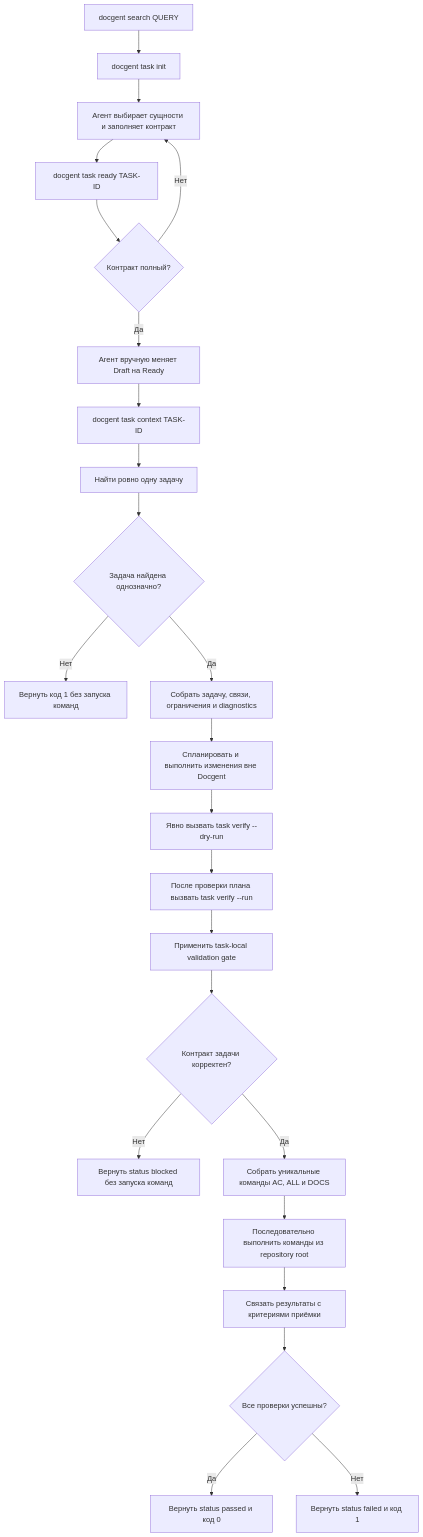
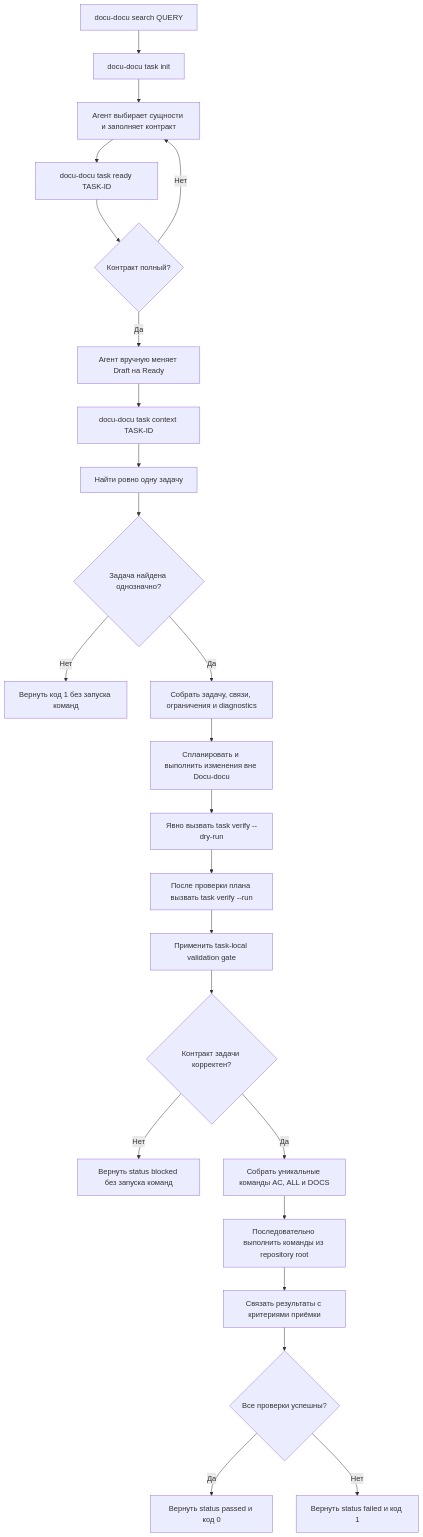
One commit to lumenikoly/toudocu changed the diagram in docs/flows/FLOW-TASK-WORKFLOW.md. Above: the diagram before and after it, drawn with Mermaid. The commit also changed 275 other files, not shown here.

First line of the commit message:
Rename and refactor Docgent to Docu-docu across all relevant files and documentation

````diff
--- a/docs/flows/FLOW-TASK-WORKFLOW.md
+++ b/docs/flows/FLOW-TASK-WORKFLOW.md
@@ -13,26 +13,26 @@
 ```mermaid
 flowchart TD
-    Search["docgent search QUERY"] --> Init["docgent task init"]
+    Search["docu-docu search QUERY"] --> Init["docu-docu task init"]
     Init --> Fill["Агент выбирает сущности и заполняет контракт"]
-    Fill --> Ready["docgent task ready TASK-ID"]
+    Fill --> Ready["docu-docu task ready TASK-ID"]
     Ready --> Complete{"Контракт полный?"}
     Complete -->|Нет| Fill
     Complete -->|Да| Status["Агент вручную меняет Draft на Ready"]
-    Status --> Context["docgent task context TASK-ID"]
+    Status --> Context["docu-docu task context TASK-ID"]
     Context --> Find["Найти ровно одну задачу"]
     Find --> Found{"Задача найдена однозначно?"}
     Found -->|Нет| ContextError["Вернуть код 1 без запуска команд"]
     Found -->|Да| Slice["Собрать задачу, связи, ограничения и diagnostics"]
-    Slice --> Plan["Спланировать и выполнить изменения вне Docgent"]
+    Slice --> Plan["Спланировать и выполнить изменения вне Docu-docu"]
     Plan --> DryRun["Явно вызвать task verify --dry-run"]
     DryRun --> Check["После проверки плана вызвать task verify --run"]
     Check --> Gate["Применить task-local validation gate"]
     Gate --> Valid{"Контракт задачи корректен?"}
     Valid -->|Нет| Blocked["Вернуть status blocked без запуска команд"]
     Valid -->|Да| Commands["Собрать уникальные команды AC, ALL и DOCS"]
     Commands --> Run["Последовательно выполнить команды из repository root"]
     Run --> Results["Связать результаты с критериями приёмки"]
     Results --> Passed{"Все проверки успешны?"}
     Passed -->|Да| Success["Вернуть status passed и код 0"]
     Passed -->|Нет| Failed["Вернуть status failed и код 1"]
 ```
````
